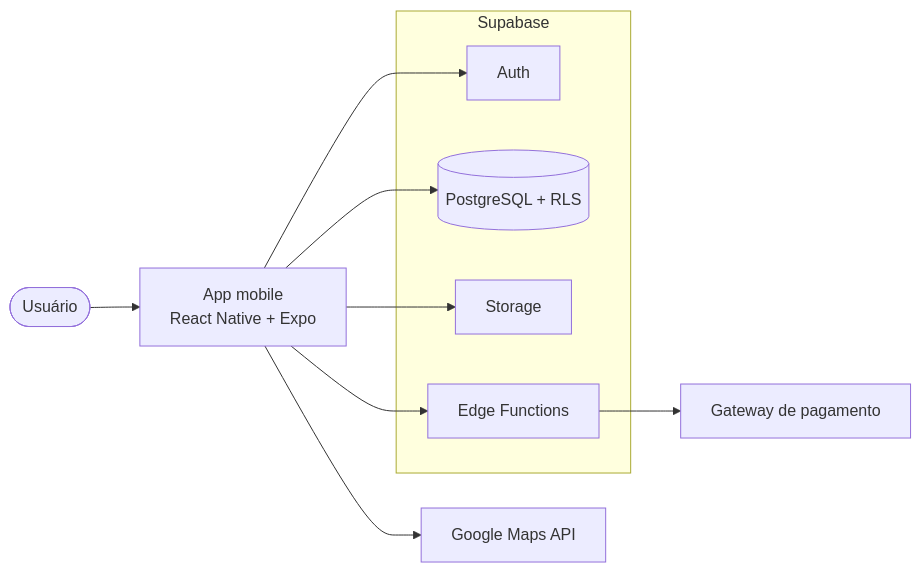
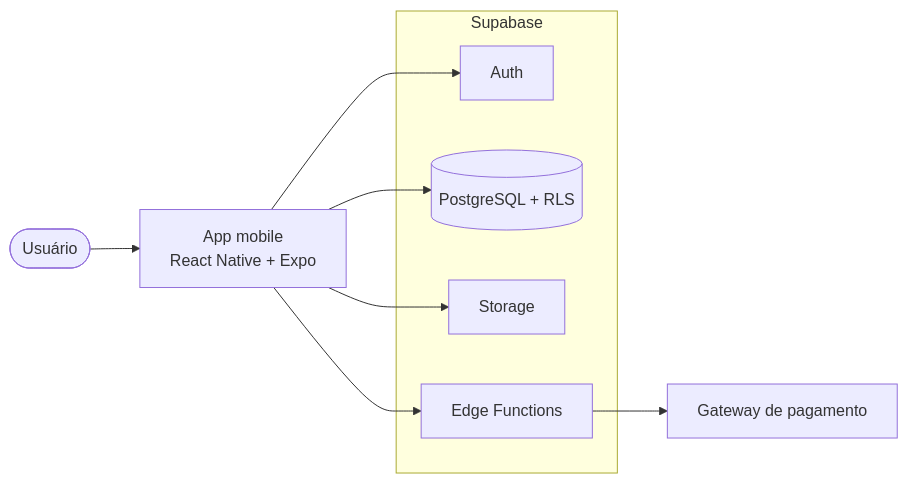
Before and after one commit to IanSalomao/MobileApp.Destrava: the diagram in README.md, drawn with Mermaid. The commit also changed other lines of this file and 66 other files, not shown here.

````diff
--- a/README.md
+++ b/README.md
@@ -79,18 +80,17 @@
 ```mermaid
 flowchart LR
     U([Usuário]) --> APP[App mobile<br/>React Native + Expo]
-    APP --> MAPS[Google Maps API]
 
     subgraph SUPA[Supabase]
         AUTH[Auth]
         DB[(PostgreSQL + RLS)]
         ST[Storage]
         EF[Edge Functions]
     end
 
     APP --> AUTH
     APP --> DB
     APP --> ST
     APP --> EF
     EF --> PAY[Gateway de pagamento]
 ```
````
